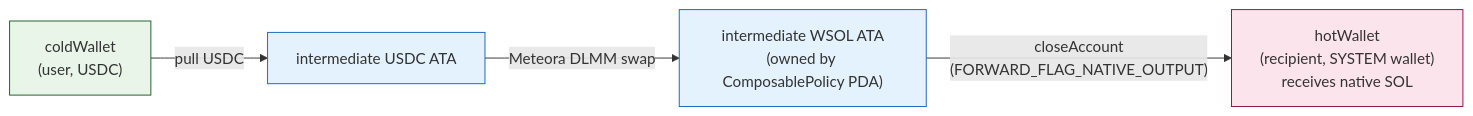
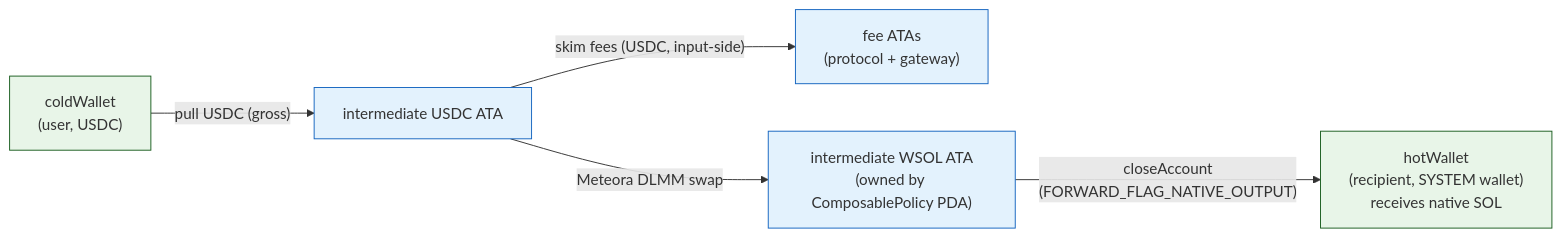
Before and after one commit to tributary-so/tributary: the diagram in apps/docs/docs/integration-guide/programmable-pull-payments/examples/native-sol-topup.md, drawn with Mermaid. The commit also changed other lines of this file and 70 other files, not shown here.

````diff
--- a/apps/docs/docs/integration-guide/programmable-pull-payments/examples/native-sol-topup.md
+++ b/apps/docs/docs/integration-guide/programmable-pull-payments/examples/native-sol-topup.md
@@ -14,13 +14,13 @@
 ```mermaid
 graph LR
-    Cold["coldWallet<br/>(user, USDC)"] -->|"pull USDC"| In["intermediate USDC ATA"]
+    Cold["coldWallet<br/>(user, USDC)"] -->|"pull USDC (gross)"| In["intermediate USDC ATA"]
+    In -->|"skim fees (USDC, input-side)"| Fees["fee ATAs<br/>(protocol + gateway)"]
     In -->|"Meteora DLMM swap"| Out["intermediate WSOL ATA<br/>(owned by ComposablePolicy PDA)"]
     Out -->|"closeAccount<br/>(FORWARD_FLAG_NATIVE_OUTPUT)"| Hot["hotWallet<br/>(recipient, SYSTEM wallet)<br/>receives native SOL"]
 
     classDef user fill:#e8f5e8,stroke:#1b5e20
     classDef pda fill:#e3f2fd,stroke:#1565c0
     classDef native fill:#fce4ec,stroke:#880e4f
     class Cold,Hot user
-    class In,Out pda
-    class Hot native
+    class In,Out,Fees pda
 ```
````
